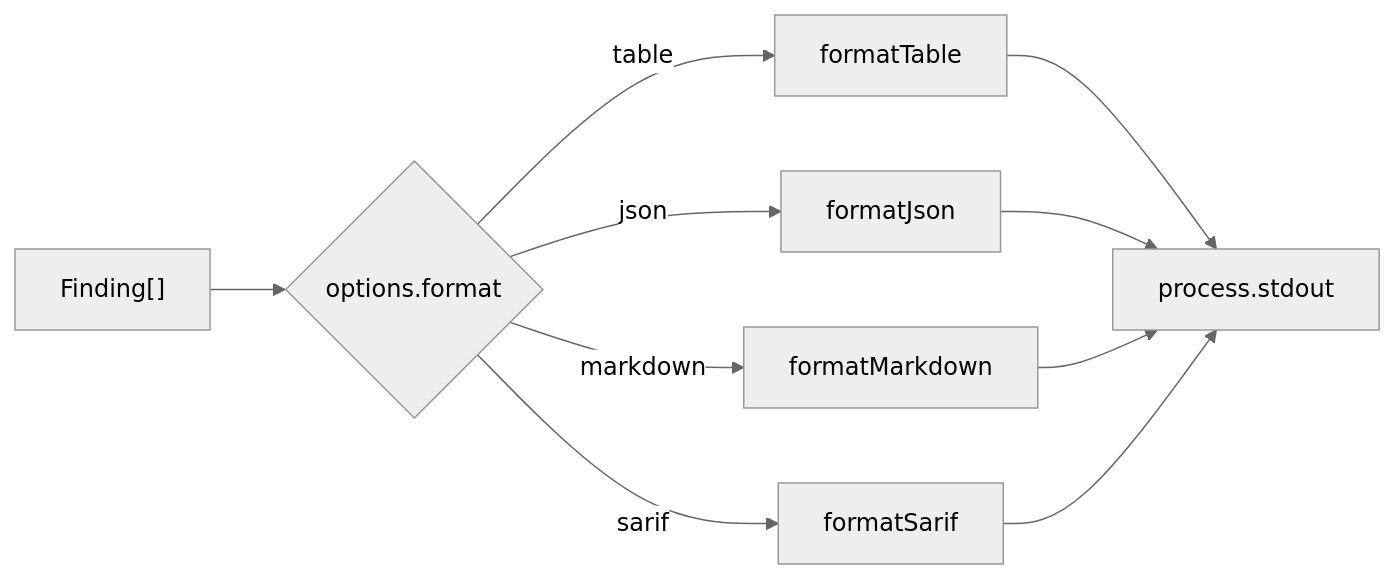
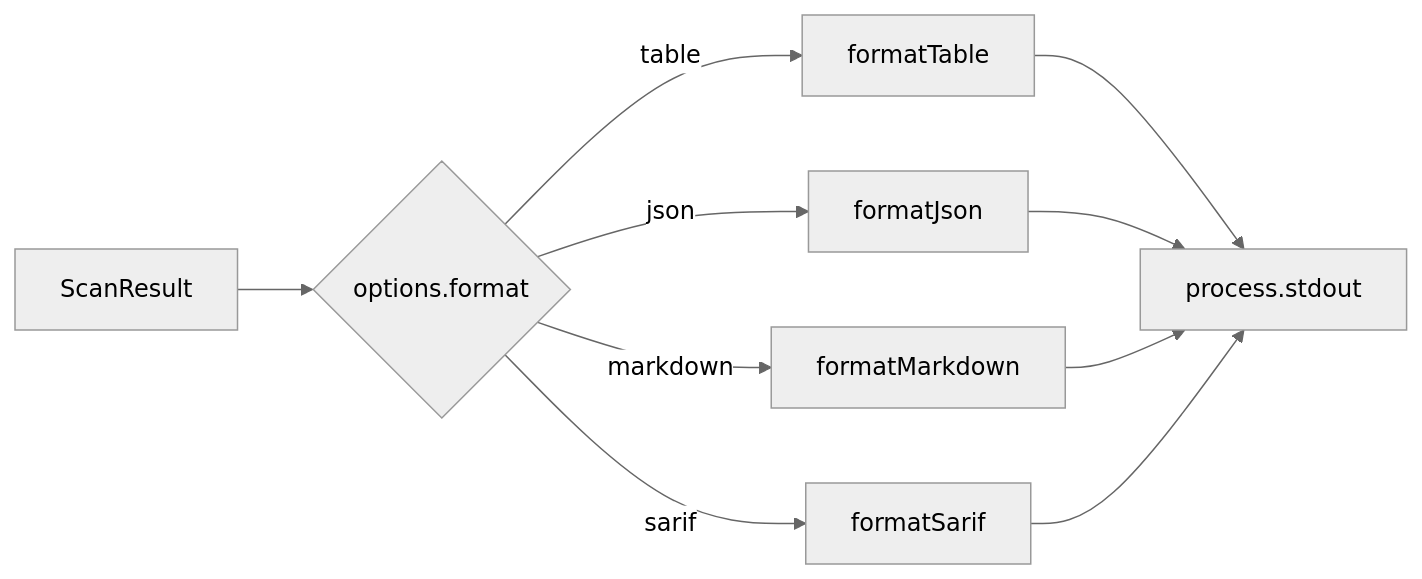
One commit to towardsthecloud/cloudburn changed the second of 2 diagrams in docs/architecture/cli.md. Above: the diagram before and after it, drawn with Mermaid (neutral theme). The commit also changed other lines of this file and 43 other files, not shown here.

````diff
--- a/docs/architecture/cli.md
+++ b/docs/architecture/cli.md
@@ -19,12 +19,12 @@
 ```mermaid
 graph LR
-  Findings["Finding[]"] --> Dispatch{"options.format"}
+  Result["ScanResult"] --> Dispatch{"options.format"}
   Dispatch -->|table| Table["formatTable"]
   Dispatch -->|json| JSON["formatJson"]
   Dispatch -->|markdown| MD["formatMarkdown"]
   Dispatch -->|sarif| SARIF["formatSarif"]
   Table --> Stdout["process.stdout"]
   JSON --> Stdout
   MD --> Stdout
   SARIF --> Stdout
 ```
````
